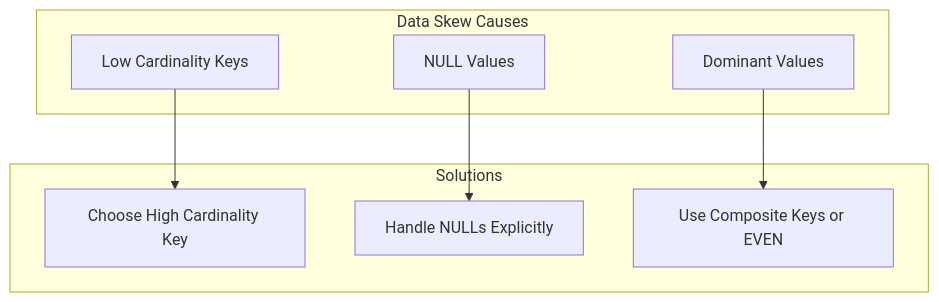
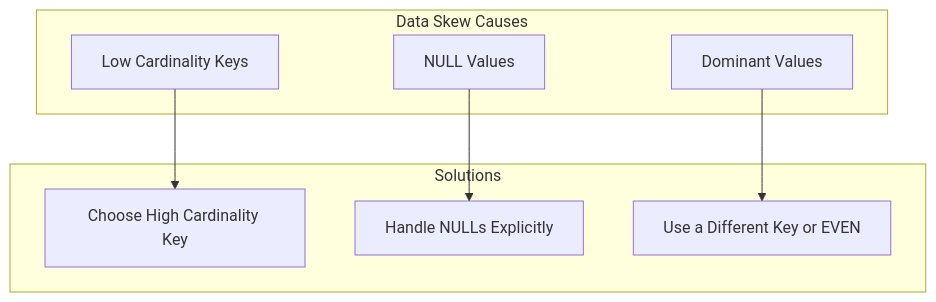
One commit to OneUptime/blog changed the fourth of 5 diagrams in posts/2026-01-30-data-warehouse-distribution-keys/README.md. Above: the diagram before and after it, drawn with Mermaid. The commit also changed other lines of this file and 2 other files, not shown here.

Commit message:
validate: 2026-01-30-data-warehouse-distribution-keys

````diff
--- a/posts/2026-01-30-data-warehouse-distribution-keys/README.md
+++ b/posts/2026-01-30-data-warehouse-distribution-keys/README.md
@@ -265,18 +261,18 @@
 ```mermaid
 graph TB
     subgraph "Data Skew Causes"
         C1[Low Cardinality Keys]
         C2[NULL Values]
         C3[Dominant Values]
     end
 
     subgraph "Solutions"
         S1[Choose High Cardinality Key]
         S2[Handle NULLs Explicitly]
-        S3[Use Composite Keys or EVEN]
+        S3[Use a Different Key or EVEN]
     end
 
     C1 --> S1
     C2 --> S2
     C3 --> S3
 ```
````
